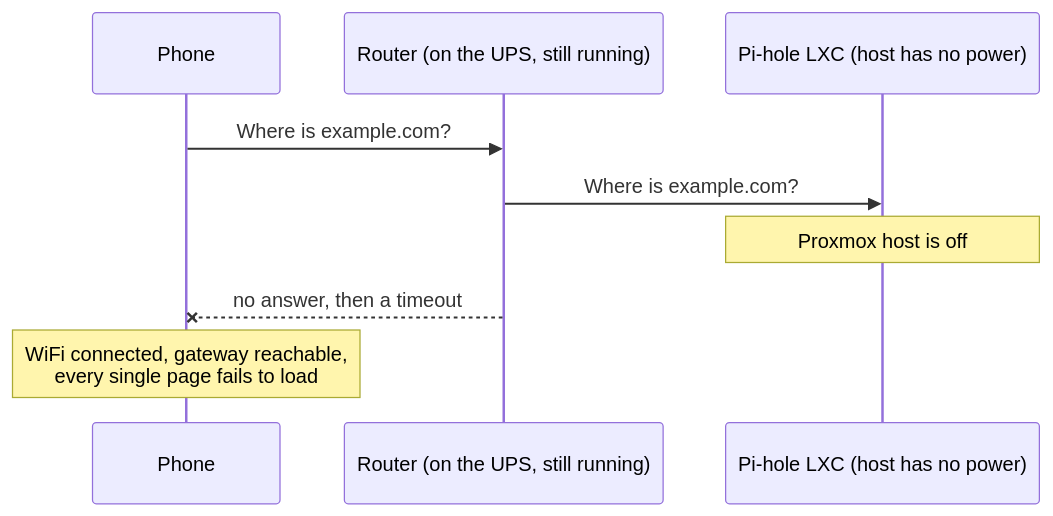
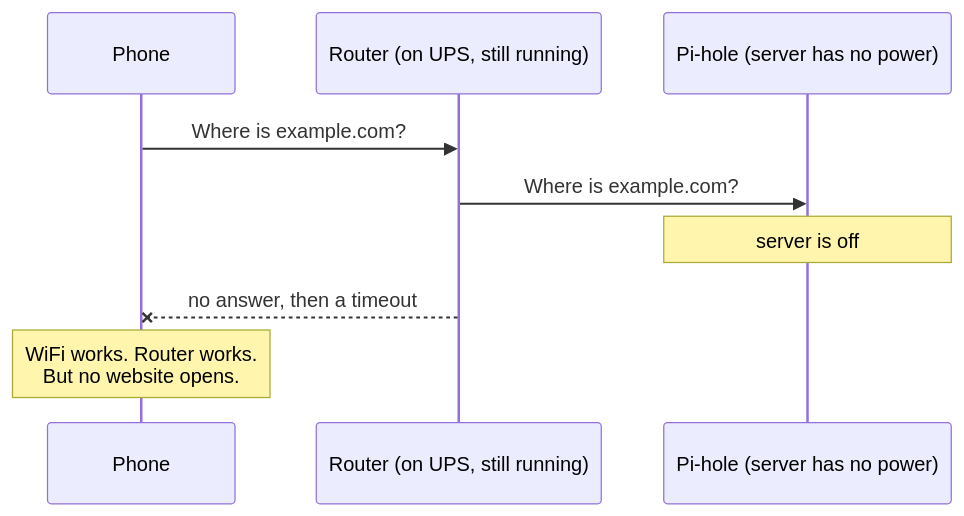
Before and after one commit to shibbirweb/shibbirweb.github.io: the second of 4 diagrams in content/articles/03-using-pi-hole-without-pinning-my-whole-network-to-one-dns-server.md, drawn with Mermaid. The commit also changed other lines of this file, not shown here.

First line of the commit message:
docs(articles): simplify the Pi-hole article and fix invented details

````diff
--- a/content/articles/03-using-pi-hole-without-pinning-my-whole-network-to-one-dns-server.md
+++ b/content/articles/03-using-pi-hole-without-pinning-my-whole-network-to-one-dns-server.md
@@ -48,11 +58,11 @@
 ```mermaid
 sequenceDiagram
     participant Phone
-    participant Router as Router (on the UPS, still running)
-    participant Pihole as Pi-hole LXC (host has no power)
+    participant Router as Router (on UPS, still running)
+    participant Pihole as Pi-hole (server has no power)
     Phone->>Router: Where is example.com?
     Router->>Pihole: Where is example.com?
-    Note over Pihole: Proxmox host is off
+    Note over Pihole: server is off
     Router--xPhone: no answer, then a timeout
-    Note over Phone: WiFi connected, gateway reachable,<br/>every single page fails to load
+    Note over Phone: WiFi works. Router works.<br/>But no website opens.
 ```
````
